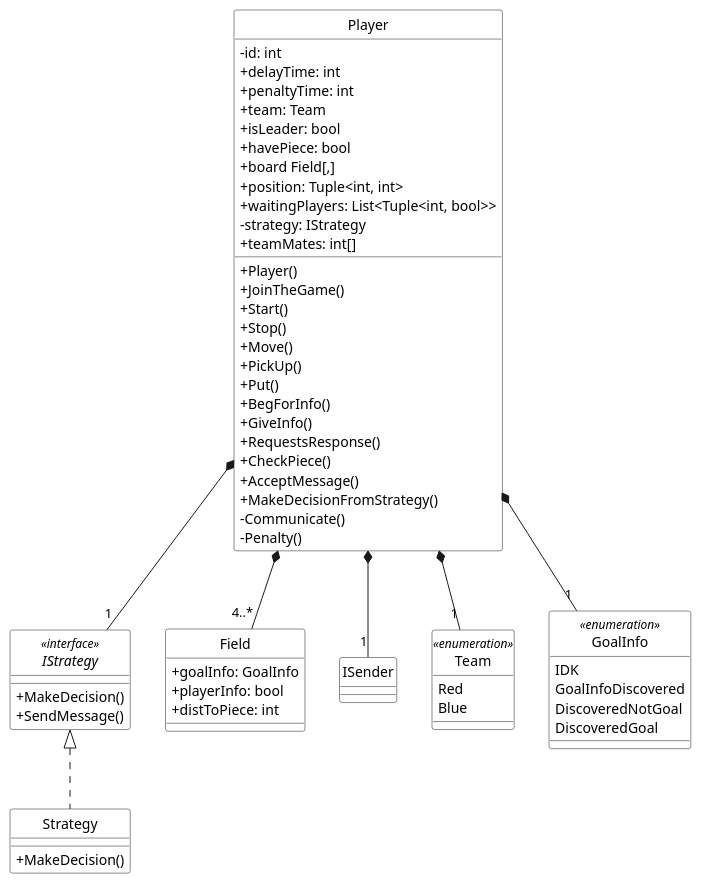
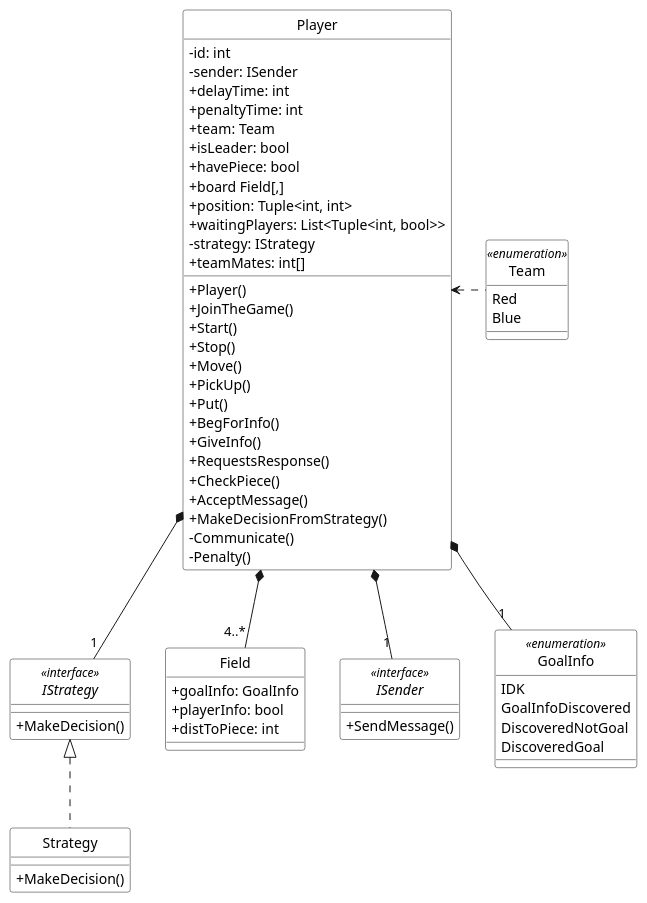
Before and after one commit to MINI-IO/IO-project-game: the diagram in UML/ClassDiagram/Player.puml, drawn with PlantUML. The commit also changed 7 other files, not shown here.

Commit message:
Change Agent class diagram desc

```diff
--- a/UML/ClassDiagram/Player.puml
+++ b/UML/ClassDiagram/Player.puml
@@ -1,78 +1,79 @@
 @startuml
 skinparam shadowing false
 skinparam monochrome true
 skinparam classAttributeIconSize 0
 hide circles
 
 skinparam class {
 BackgroundColor white
 }
 
 IStrategy <|.. Strategy
 Player *-- "4..*" Field
 Player *-- "1" IStrategy
 Player *-- "1" ISender
-Player *-- "1" Team
 Player *-- "1" GoalInfo
+Player <.right. Team
 
 class Player {
 - id: int
+- sender: ISender
 + delayTime: int
 + penaltyTime: int
 + team: Team
 + isLeader: bool
 + havePiece: bool
 + board Field[,]
 + position: Tuple<int, int>
 + waitingPlayers: List<Tuple<int, bool>>
 - strategy: IStrategy
 + teamMates: int[]
 
 + Player()
 + JoinTheGame()
 + Start()
 + Stop()
 + Move()
 + PickUp()
 + Put()
 + BegForInfo()
 + GiveInfo()
 + RequestsResponse()
 + CheckPiece()
 + AcceptMessage()
 + MakeDecisionFromStrategy()
 - Communicate()
 - Penalty()
 }
 
 class Field{
 + goalInfo: GoalInfo
 + playerInfo: bool
 + distToPiece: int
 }
 
 interface IStrategy <<interface>> {
 + MakeDecision()
 }
 
-interface IStrategy <<interface>> {
+interface ISender <<interface>> {
 + SendMessage()
 }
 
 
 class Strategy {
 + MakeDecision()
 }
 
 enum Team <<enumeration>> {
 Red
 Blue
 }
 
 enum GoalInfo <<enumeration>> {
 IDK
 GoalInfoDiscovered
 DiscoveredNotGoal
 DiscoveredGoal
 }
 @enduml
```
